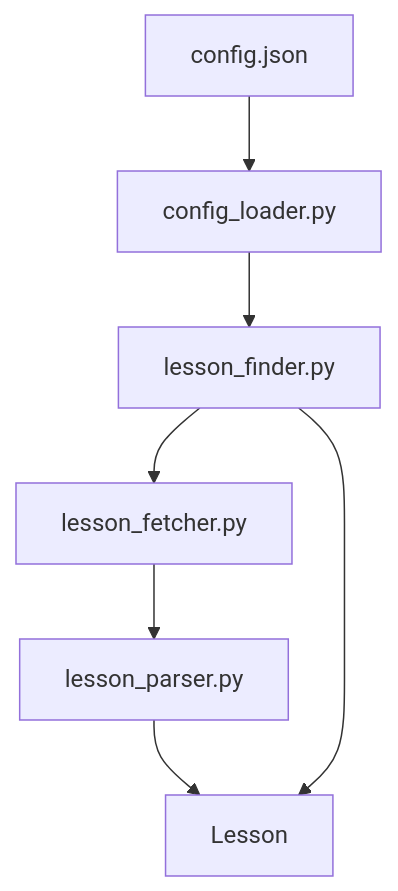
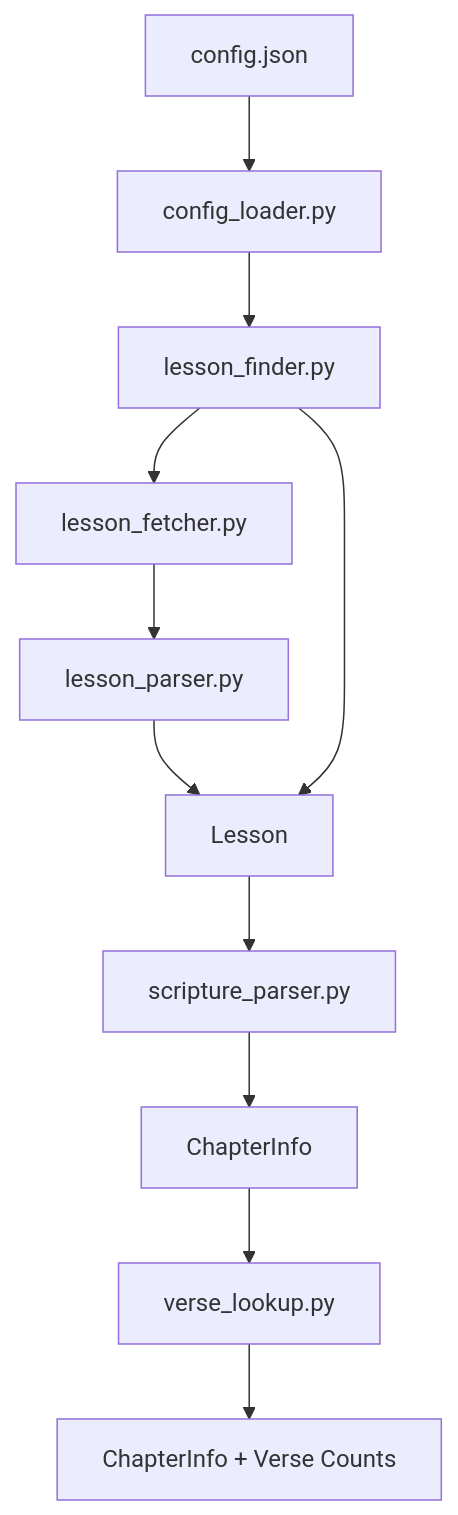
One commit to bethpilipala/cfm_ai_reminder changed the diagram in README.md. Above: the diagram before and after it, drawn with Mermaid. The commit also changed other lines of this file and 2 other files, not shown here.

Commit message:
Add verse_lookup functionality

````diff
--- a/README.md
+++ b/README.md
@@ -42,9 +42,17 @@
 ```mermaid
 flowchart TD
     A[config.json] --> B[config_loader.py]
     B --> C[lesson_finder.py]
+
     C --> D[lesson_fetcher.py]
     D --> E[lesson_parser.py]
     E --> F[Lesson]
+
     C --> F
+
+    F --> G[scripture_parser.py]
+    G --> H[ChapterInfo]
+
+    H --> I[verse_lookup.py]
+    I --> J[ChapterInfo + Verse Counts]
 ```
````
